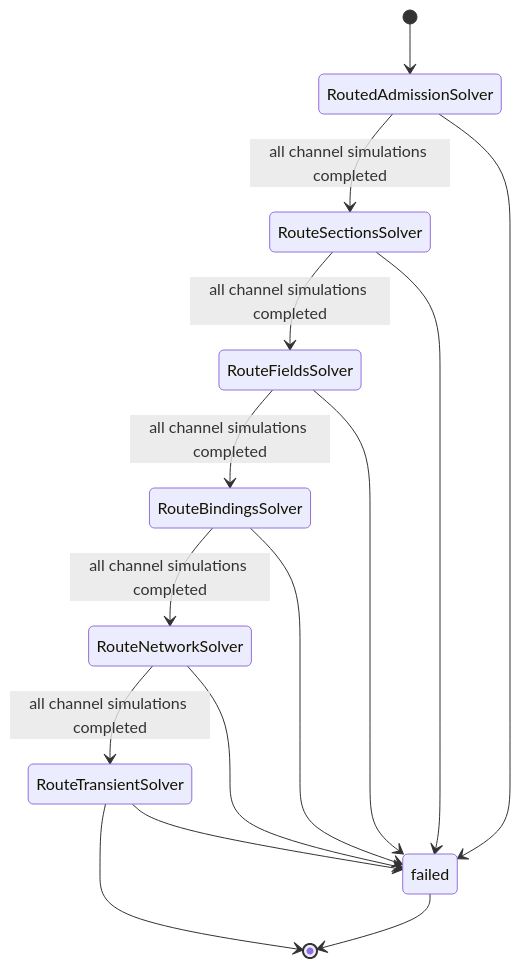
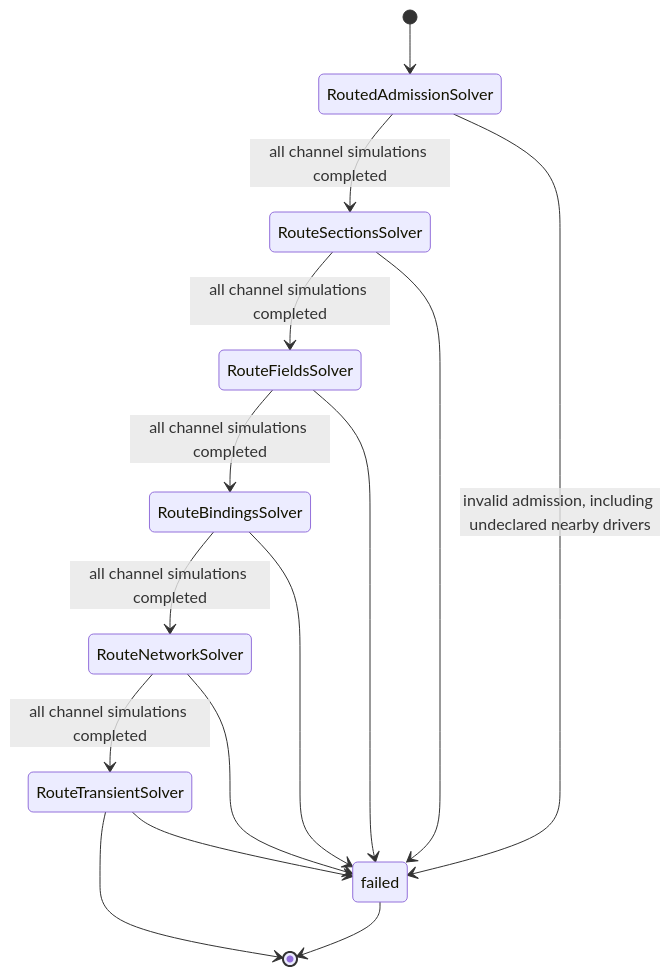
Before and after one commit to draarivpatel-ui/signal-integrity-pipeline: the fifth of 6 diagrams in docs/ARCHITECTURE.md, drawn with Mermaid. The commit also changed other lines of this file and 23 other files, not shown here.

Commit message:
feat: require a declared state for nearby drivers

````diff
--- a/docs/ARCHITECTURE.md
+++ b/docs/ARCHITECTURE.md
@@ -144,17 +144,17 @@
 ```mermaid
 stateDiagram-v2
   [*] --> RoutedAdmissionSolver
   RoutedAdmissionSolver --> RouteSectionsSolver: all channel simulations completed
   RouteSectionsSolver --> RouteFieldsSolver: all channel simulations completed
   RouteFieldsSolver --> RouteBindingsSolver: all channel simulations completed
   RouteBindingsSolver --> RouteNetworkSolver: all channel simulations completed
   RouteNetworkSolver --> RouteTransientSolver: all channel simulations completed
   RouteTransientSolver --> [*]
-  RoutedAdmissionSolver --> failed
+  RoutedAdmissionSolver --> failed: invalid admission, including undeclared nearby drivers
   RouteSectionsSolver --> failed
   RouteFieldsSolver --> failed
   RouteBindingsSolver --> failed
   RouteNetworkSolver --> failed
   RouteTransientSolver --> failed
   failed --> [*]
 ```
````
